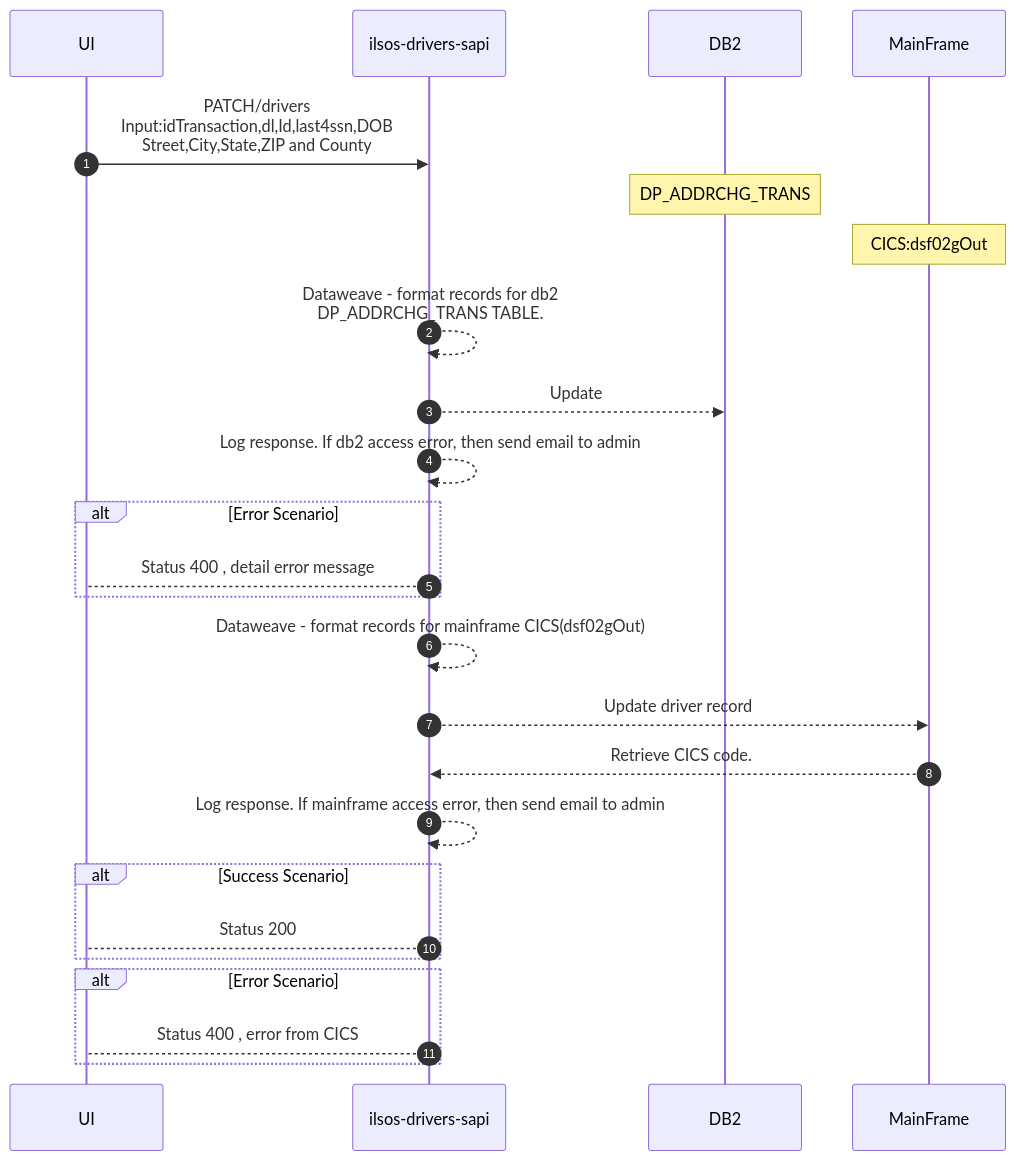
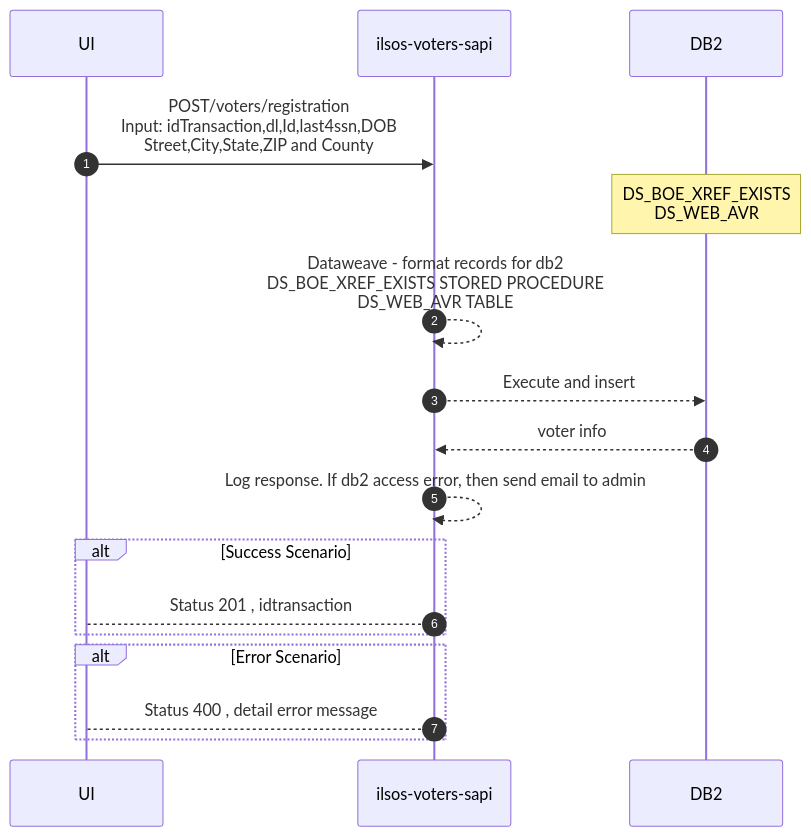
Before and after one commit to acme-devs/ilsos-voters-sapi: the diagram in README.md, drawn with Mermaid. The commit also changed other lines of this file, not shown here.

````diff
--- a/README.md
+++ b/README.md
@@ -25,28 +25,20 @@
 ```mermaid
 sequenceDiagram
     autonumber
     participant ui as UI
-    participant api as ilsos-drivers-sapi
+    participant api as ilsos-voters-sapi
     participant db2 as DB2
-    participant mainframe as MainFrame
-
-    ui->>api:PATCH/drivers <br>Input:idTransaction,dl,Id,last4ssn,DOB<br>Street,City,State,ZIP and County
-    note over db2:DP_ADDRCHG_TRANS
-    note over mainframe:CICS:dsf02gOut
-    api-->>api:Dataweave - format records for db2<BR> DP_ADDRCHG_TRANS TABLE.
-    api-->>db2:Update
+    
+    ui->>api:POST/voters/registration <br>Input: idTransaction,dl,Id,last4ssn,DOB<br>Street,City,State,ZIP and County
+    note over db2:DS_BOE_XREF_EXISTS<br>DS_WEB_AVR
+    api-->>api:Dataweave - format records for db2<BR> DS_BOE_XREF_EXISTS STORED PROCEDURE<br>DS_WEB_AVR TABLE
+    api-->>db2: Execute and insert 
+    db2-->>api: voter info
     api-->>api:Log response. If db2 access error, then send email to admin
+    alt Success Scenario 
+        api-->ui: Status 201 , idtransaction
+    end
     alt Error Scenario 
         api-->ui: Status 400 , detail error message
     end
-    api-->>api:Dataweave - format records for mainframe CICS(dsf02gOut)
-    api-->>mainframe:Update driver record
-    mainframe-->>api:Retrieve CICS code.
-    api-->>api:Log response. If mainframe access error, then send email to admin
-    alt Success Scenario 
-        api-->ui: Status 200 
-    end
-    alt Error Scenario 
-        api-->ui: Status 400 , error from CICS
-    end
   ```
````
